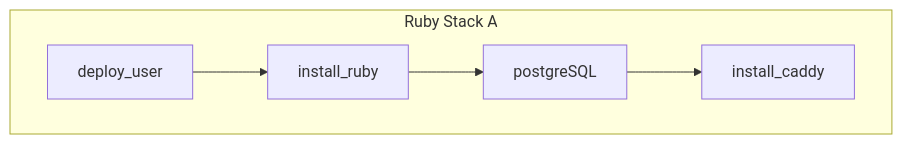
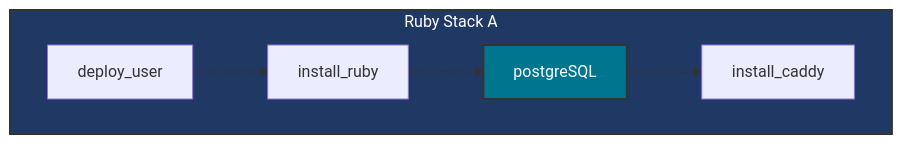
The first of 10 diagrams in README.md (bparanj/hivegrid.dev), drawn with Mermaid before and after one commit. The commit also changed other lines of this file, not shown here.

Commit message:
Revise diagrams

````diff
--- a/README.md
+++ b/README.md
@@ -31,8 +31,12 @@
 ```mermaid
 graph TD
-  subgraph StackA[Ruby Stack A]
+
+subgraph StackA[Ruby Stack A]
     A[deploy_user] --> B[install_ruby]
     B --> C[postgreSQL]
     C --> D[install_caddy]
-  end
+    
+    style StackA fill:#1f3864,stroke:#333,stroke-width:2px,color:#fff
+    style C fill:#00758F,stroke:#333,stroke-width:2px,color:#fff
+end
 ```
````
